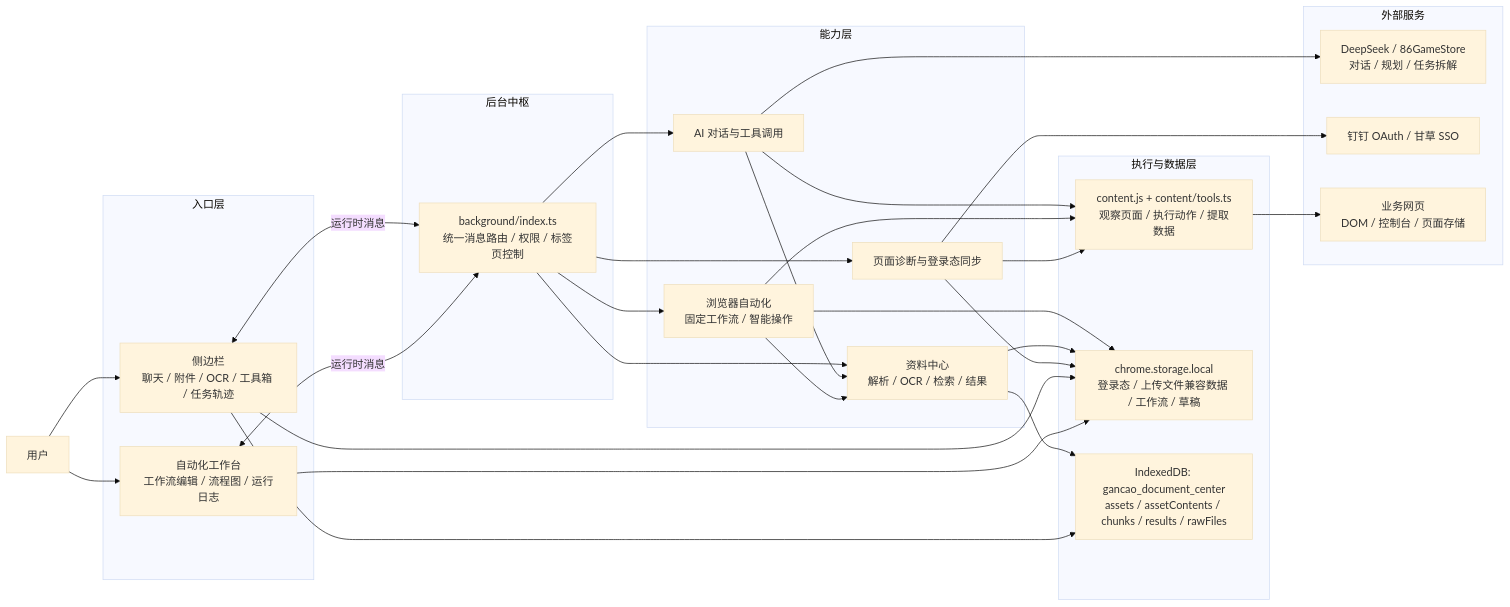
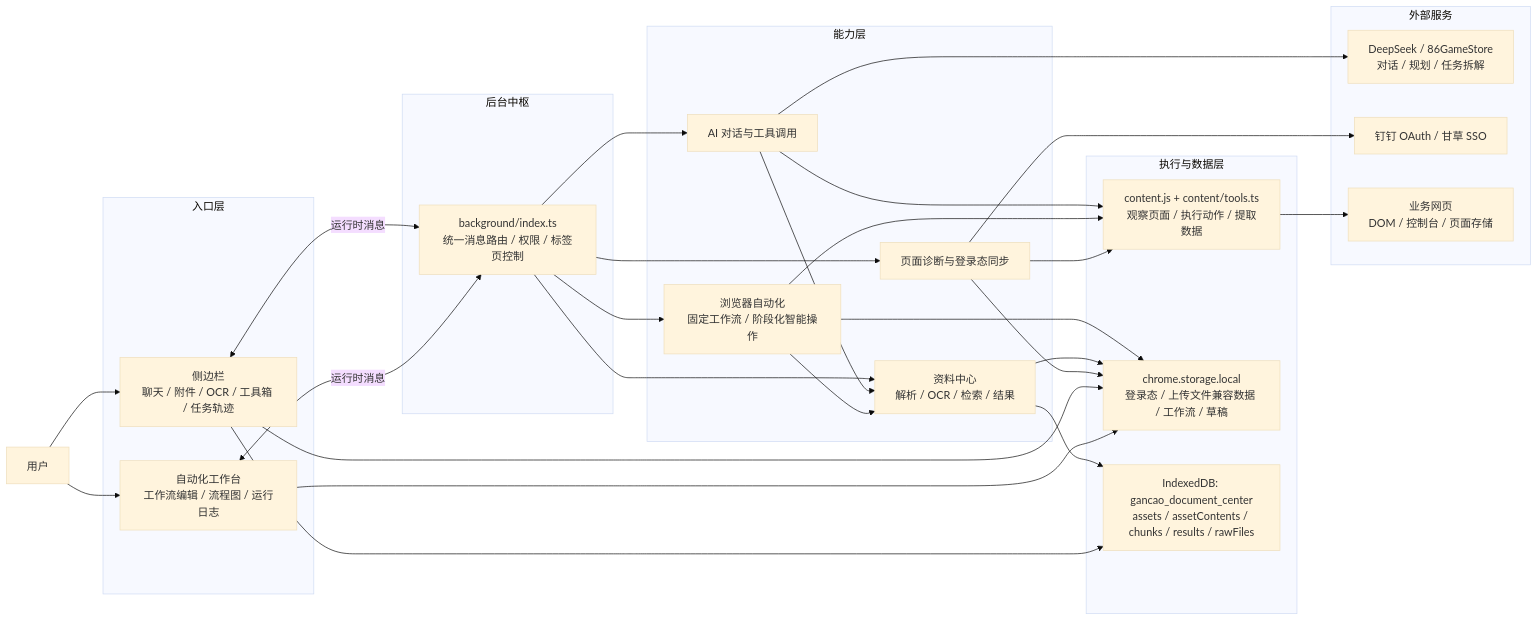
Before and after one commit to Clearlovesixteen/gancao-colipot: the first of 6 diagrams in docs/architecture.md, drawn with Mermaid (base theme). The commit also changed other lines of this file and 26 other files, not shown here.

````diff
--- a/docs/architecture.md
+++ b/docs/architecture.md
@@ -14,63 +14,63 @@
 ```mermaid
 flowchart LR
   User["用户"]
 
   subgraph Entry["入口层"]
     SidePanel["侧边栏<br/>聊天 / 附件 / OCR / 工具箱 / 任务轨迹"]
     Dashboard["自动化工作台<br/>工作流编辑 / 流程图 / 运行日志"]
   end
 
   subgraph Hub["后台中枢"]
     Background["background/index.ts<br/>统一消息路由 / 权限 / 标签页控制"]
   end
 
   subgraph Capability["能力层"]
     ChatAI["AI 对话与工具调用"]
-    BrowserAuto["浏览器自动化<br/>固定工作流 / 智能操作"]
+    BrowserAuto["浏览器自动化<br/>固定工作流 / 阶段化智能操作"]
     DocCenter["资料中心<br/>解析 / OCR / 检索 / 结果"]
     Diagnostics["页面诊断与登录态同步"]
   end
 
   subgraph RuntimeData["执行与数据层"]
     Content["content.js + content/tools.ts<br/>观察页面 / 执行动作 / 提取数据"]
     ChromeStorage["chrome.storage.local<br/>登录态 / 上传文件兼容数据 / 工作流 / 草稿"]
     IndexedDB["IndexedDB: gancao_document_center<br/>assets / assetContents / chunks / results / rawFiles"]
   end
 
   subgraph External["外部服务"]
     LLM["DeepSeek / 86GameStore<br/>对话 / 规划 / 任务拆解"]
     DingTalk["钉钉 OAuth / 甘草 SSO"]
     WebPage["业务网页<br/>DOM / 控制台 / 页面存储"]
   end
 
   User --> SidePanel
   User --> Dashboard
 
   SidePanel <-->|"运行时消息"| Background
   Dashboard <-->|"运行时消息"| Background
 
   Background --> ChatAI
   Background --> BrowserAuto
   Background --> DocCenter
   Background --> Diagnostics
 
   ChatAI --> LLM
   ChatAI --> DocCenter
   ChatAI --> Content
 
   BrowserAuto --> Content
   BrowserAuto --> DocCenter
   BrowserAuto --> ChromeStorage
 
   DocCenter --> IndexedDB
   DocCenter --> ChromeStorage
 
   Diagnostics --> Content
   Diagnostics --> ChromeStorage
   Diagnostics --> DingTalk
 
   Content --> WebPage
   SidePanel --> ChromeStorage
   Dashboard --> ChromeStorage
   SidePanel --> IndexedDB
 ```
````
